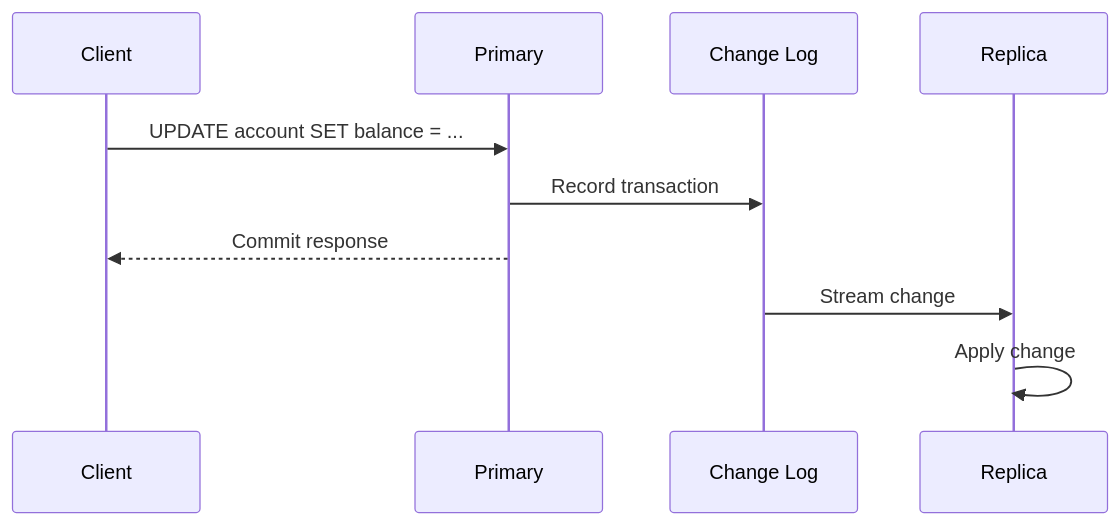
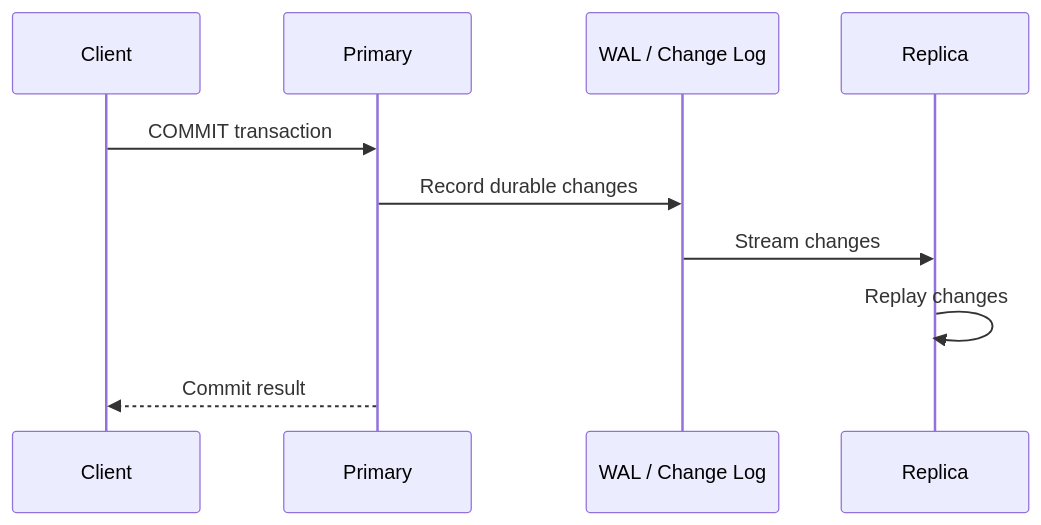
One commit to AvadhBhalodiya/Interview-Preparation changed the third of 12 diagrams in src/content/databases/replication-sharding-partitioning.md. Above: the diagram before and after it, drawn with Mermaid. The commit also changed other lines of this file and 80 other files, not shown here.

````diff
--- a/src/content/databases/replication-sharding-partitioning.md
+++ b/src/content/databases/replication-sharding-partitioning.md
@@ -112,13 +121,13 @@
 ```mermaid
 sequenceDiagram
     participant C as Client
     participant P as Primary
-    participant L as Change Log
+    participant W as WAL / Change Log
     participant R as Replica
 
-    C->>P: UPDATE account SET balance = ...
-    P->>L: Record transaction
-    P-->>C: Commit response
-    L->>R: Stream change
-    R->>R: Apply change
+    C->>P: COMMIT transaction
+    P->>W: Record durable changes
+    W->>R: Stream changes
+    R->>R: Replay changes
+    P-->>C: Commit result
 ```
````
